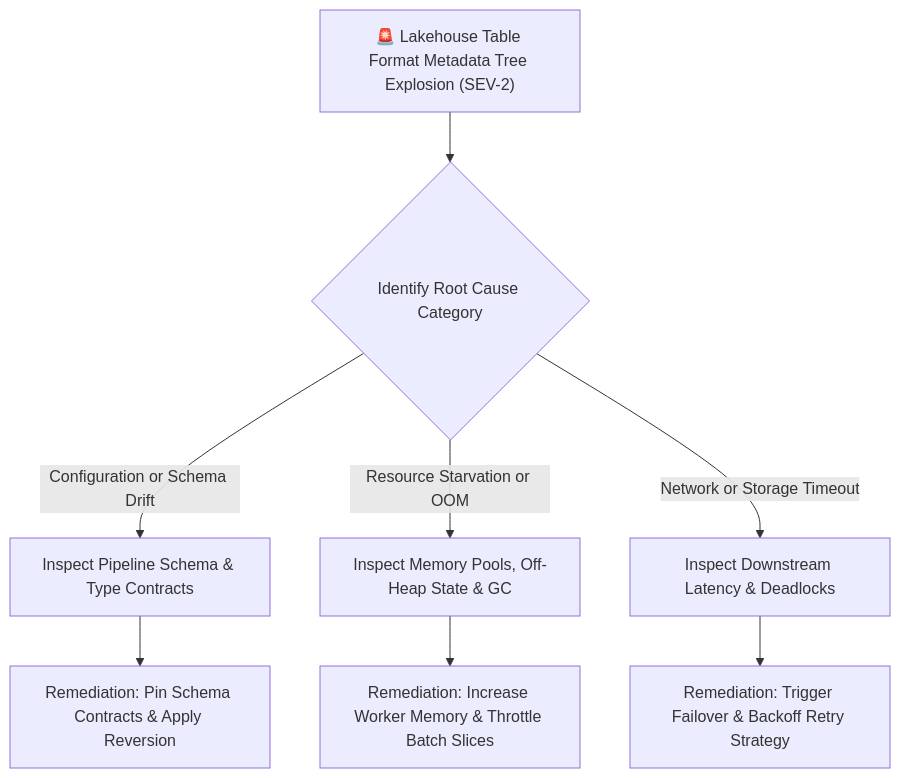
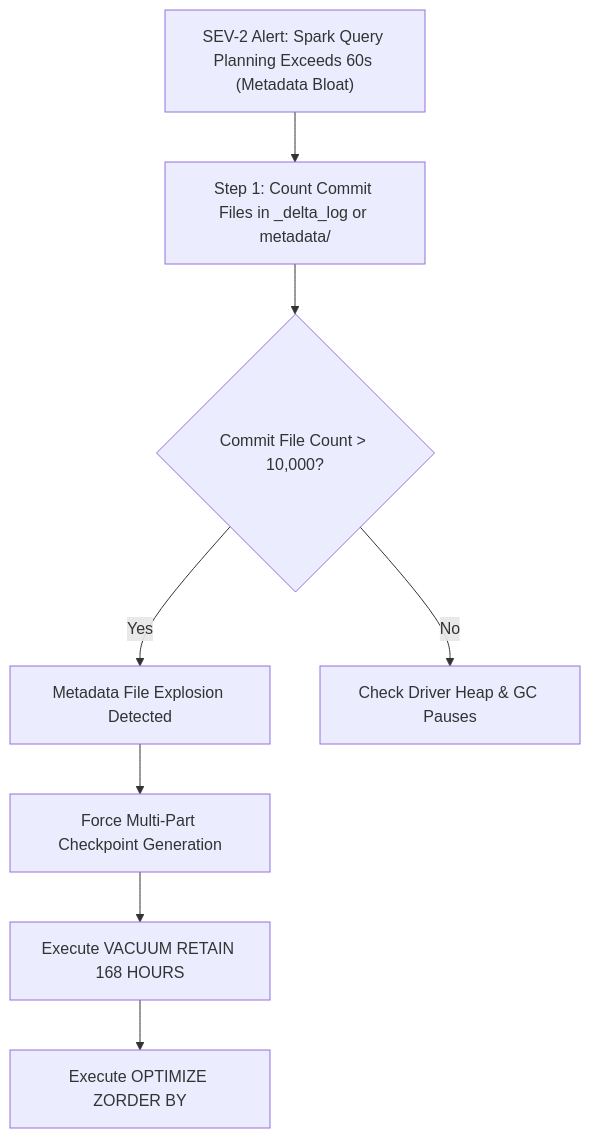
The diagram in runbooks/02_table_format_metadata_explosion_triage.md (santoshjammi29/data-system-design-handbook), drawn with Mermaid before and after one commit. The commit also changed other lines of this file and 11 other files, not shown here.

````diff
--- a/runbooks/02_table_format_metadata_explosion_triage.md
+++ b/runbooks/02_table_format_metadata_explosion_triage.md
@@ -11,12 +12,12 @@
 ```mermaid
 flowchart TD
-    Alert["🚨 Lakehouse Table Format Metadata Tree Explosion (SEV-2)"] --> TriageCategory{"Identify Root Cause Category"}
+    Alert["SEV-2 Alert: Spark Query Planning Exceeds 60s (Metadata Bloat)"] --> CountMetadata["Step 1: Count Commit Files in _delta_log or metadata/"]
+    CountMetadata --> ThresholdCheck{"Commit File Count > 10,000?"}
     
-    TriageCategory -->|"Configuration or Schema Drift"| ConfigTriage["Inspect Pipeline Schema & Type Contracts"]
-    TriageCategory -->|"Resource Starvation or OOM"| ResourceTriage["Inspect Memory Pools, Off-Heap State & GC"]
-    TriageCategory -->|"Network or Storage Timeout"| NetworkTriage["Inspect Downstream Latency & Deadlocks"]
-
-    ConfigTriage --> FixConfig["Remediation: Pin Schema Contracts & Apply Reversion"]
-    ResourceTriage --> FixResource["Remediation: Increase Worker Memory & Throttle Batch Slices"]
-    NetworkTriage --> FixNetwork["Remediation: Trigger Failover & Backoff Retry Strategy"]
+    ThresholdCheck -->|Yes| CompactionNeeded["Metadata File Explosion Detected"]
+    ThresholdCheck -->|No| CheckDriverMemory["Check Driver Heap & GC Pauses"]
+    
+    CompactionNeeded --> ForceCheckpoint["Force Multi-Part Checkpoint Generation"]
+    ForceCheckpoint --> RunVacuum["Execute VACUUM RETAIN 168 HOURS"]
+    RunVacuum --> OptimizeBinPack["Execute OPTIMIZE ZORDER BY"]
 ```
````
